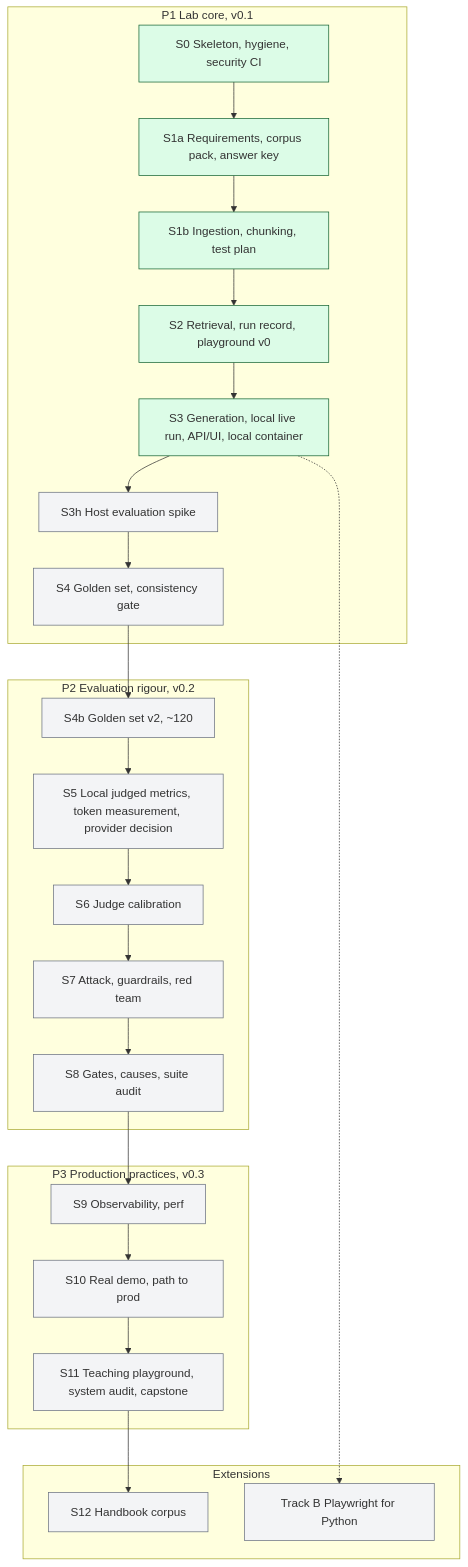
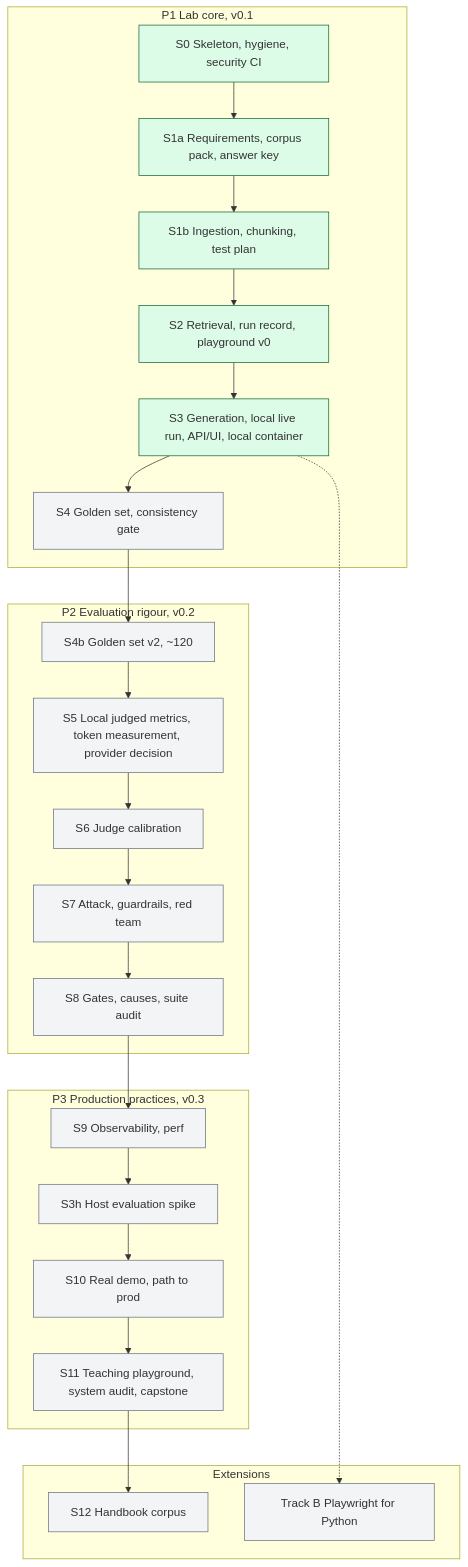
One commit to willcoliveira/ai-testing-rag-lab changed the diagram in README.md. Above: the diagram before and after it, drawn with Mermaid. The commit also changed 5 other files, not shown here.

Commit message:
docs: move the host spike S3h to the start of P3, before S10

````diff
--- a/README.md
+++ b/README.md
@@ -23,25 +23,25 @@
 ```mermaid
 flowchart TB
   subgraph P1[P1 Lab core, v0.1]
-    S0[S0 Skeleton, hygiene, security CI] --> S1a[S1a Requirements, corpus pack, answer key] --> S1b[S1b Ingestion, chunking, test plan] --> S2[S2 Retrieval, run record, playground v0] --> S3[S3 Generation, local live run, API/UI, local container] --> S3h[S3h Host evaluation spike] --> S4[S4 Golden set, consistency gate]
+    S0[S0 Skeleton, hygiene, security CI] --> S1a[S1a Requirements, corpus pack, answer key] --> S1b[S1b Ingestion, chunking, test plan] --> S2[S2 Retrieval, run record, playground v0] --> S3[S3 Generation, local live run, API/UI, local container] --> S4[S4 Golden set, consistency gate]
   end
   subgraph P2[P2 Evaluation rigour, v0.2]
     S4b[S4b Golden set v2, ~120] --> S5[S5 Local judged metrics, token measurement, provider decision] --> S6[S6 Judge calibration] --> S7[S7 Attack, guardrails, red team] --> S8[S8 Gates, causes, suite audit]
   end
   subgraph P3[P3 Production practices, v0.3]
-    S9[S9 Observability, perf] --> S10[S10 Real demo, path to prod] --> S11[S11 Teaching playground, system audit, capstone]
+    S9[S9 Observability, perf] --> S3h[S3h Host evaluation spike] --> S10[S10 Real demo, path to prod] --> S11[S11 Teaching playground, system audit, capstone]
   end
   subgraph EXT[Extensions]
     S12[S12 Handbook corpus]
     B[Track B Playwright for Python]
   end
   S4 --> S4b
   S8 --> S9
   S11 --> S12
   S3 -.-> B
   classDef todo fill:#f3f4f6,stroke:#6b7280
   classDef wip fill:#fef3c7,stroke:#92400e
   classDef done fill:#dcfce7,stroke:#166534
   class S0,S1a,S1b,S2,S3 done
   class S3h,S4,S4b,S5,S6,S7,S8,S9,S10,S11,S12,B todo
 ```
````
